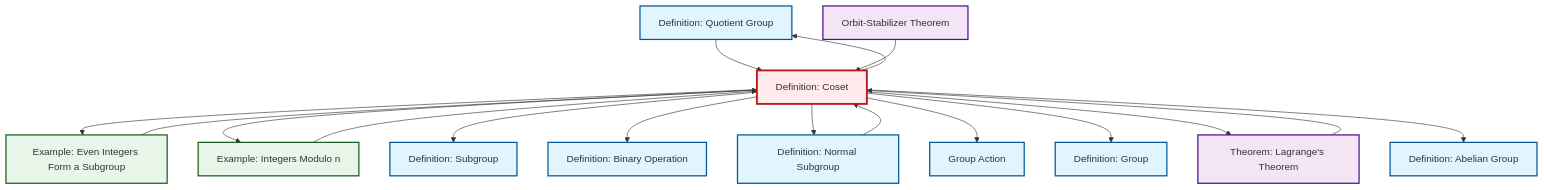
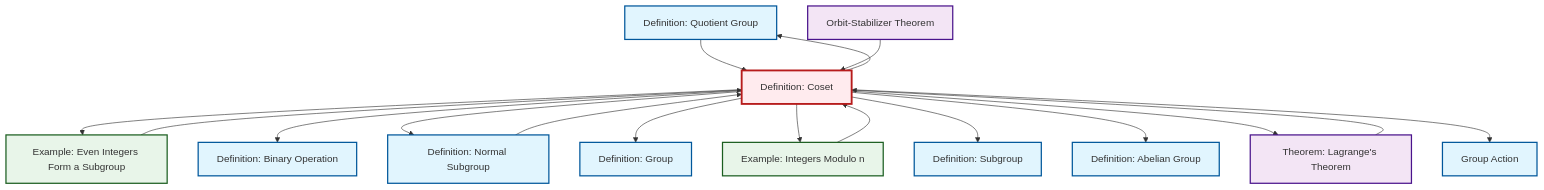
One commit to RK0429/ModernMath changed the diagram in content/en/algebra/def-coset.qmd. Above: the diagram before and after it, drawn with Mermaid. The commit also changed other lines of this file and 554 other files, not shown here.

````diff
--- a/content/en/algebra/def-coset.qmd
+++ b/content/en/algebra/def-coset.qmd
@@ -158,49 +161,49 @@
 ```{mermaid}
 %%| fig-cap: "Local dependency graph"
 graph TD
     classDef definition fill:#e1f5fe,stroke:#01579b,stroke-width:2px
     classDef theorem fill:#f3e5f5,stroke:#4a148c,stroke-width:2px
     classDef axiom fill:#fff3e0,stroke:#e65100,stroke-width:2px
     classDef example fill:#e8f5e9,stroke:#1b5e20,stroke-width:2px
     classDef current fill:#ffebee,stroke:#b71c1c,stroke-width:3px
+    def-quotient-group["Definition: Quotient Group"]:::definition
+    def-group-action["Group Action"]:::definition
+    ex-even-integers-subgroup["Example: Even Integers Form a Subgroup"]:::example
     def-abelian-group["Definition: Abelian Group"]:::definition
-    def-quotient-group["Definition: Quotient Group"]:::definition
+    def-subgroup["Definition: Subgroup"]:::definition
+    ex-quotient-integers-mod-n["Example: Integers Modulo n"]:::example
     def-group["Definition: Group"]:::definition
+    def-binary-operation["Definition: Binary Operation"]:::definition
     def-normal-subgroup["Definition: Normal Subgroup"]:::definition
     thm-orbit-stabilizer["Orbit-Stabilizer Theorem"]:::theorem
-    def-subgroup["Definition: Subgroup"]:::definition
-    ex-quotient-integers-mod-n["Example: Integers Modulo n"]:::example
+    def-coset["Definition: Coset"]:::definition
     thm-lagrange["Theorem: Lagrange's Theorem"]:::theorem
-    ex-even-integers-subgroup["Example: Even Integers Form a Subgroup"]:::example
-    def-binary-operation["Definition: Binary Operation"]:::definition
-    def-coset["Definition: Coset"]:::definition
-    def-group-action["Group Action"]:::definition
+    ex-even-integers-subgroup --> def-coset
     def-coset --> ex-even-integers-subgroup
+    def-coset --> def-binary-operation
+    def-coset --> def-normal-subgroup
+    def-coset --> def-quotient-group
+    def-coset --> def-group
     def-coset --> ex-quotient-integers-mod-n
     def-coset --> def-subgroup
+    def-coset --> def-abelian-group
     thm-lagrange --> def-coset
-    def-coset --> def-binary-operation
-    def-coset --> def-normal-subgroup
+    def-coset --> thm-lagrange
+    ex-quotient-integers-mod-n --> def-coset
+    def-quotient-group --> def-coset
+    def-normal-subgroup --> def-coset
+    thm-orbit-stabilizer --> def-coset
     def-coset --> def-group-action
-    def-coset --> def-group
-    def-quotient-group --> def-coset
-    def-coset --> def-quotient-group
-    def-normal-subgroup --> def-coset
-    def-coset --> thm-lagrange
-    thm-orbit-stabilizer --> def-coset
-    ex-quotient-integers-mod-n --> def-coset
-    def-coset --> def-abelian-group
-    ex-even-integers-subgroup --> def-coset
     class def-coset current
+    click def-quotient-group "def-quotient-group.html" "Go to Quotient Group definition"
+    click def-group-action "def-group-action.html" "Go to Group Action"
+    click ex-even-integers-subgroup "ex-even-integers-subgroup.html" "Go to Even Integers Form a Subgroup example"
     click def-abelian-group "def-abelian-group.html" "Go to Abelian Group definition"
-    click def-quotient-group "def-quotient-group.html" "Go to Quotient Group definition"
+    click def-subgroup "def-subgroup.html" "Go to Subgroup definition"
+    click ex-quotient-integers-mod-n "ex-quotient-integers-mod-n.html" "Go to Integers Modulo n example"
     click def-group "def-group.html" "Go to Group definition"
+    click def-binary-operation "def-binary-operation.html" "Go to Binary Operation definition"
     click def-normal-subgroup "def-normal-subgroup.html" "Go to Normal Subgroup definition"
     click thm-orbit-stabilizer "thm-orbit-stabilizer.html" "Go to Orbit-Stabilizer Theorem"
-    click def-subgroup "def-subgroup.html" "Go to Subgroup definition"
-    click ex-quotient-integers-mod-n "ex-quotient-integers-mod-n.html" "Go to Integers Modulo n example"
     click thm-lagrange "thm-lagrange.html" "Go to Lagrange's Theorem theorem"
-    click ex-even-integers-subgroup "ex-even-integers-subgroup.html" "Go to Even Integers Form a Subgroup example"
-    click def-binary-operation "def-binary-operation.html" "Go to Binary Operation definition"
-    click def-group-action "def-group-action.html" "Go to Group Action"
 ```
````
